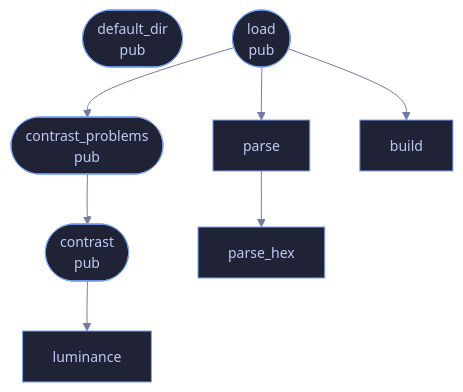
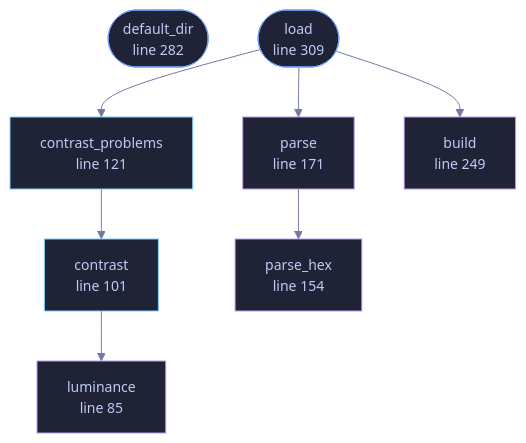
One commit to tilas01/veilvoice changed the diagram in wiki/File-veilvoice-gui-palettes.md. Above: the diagram before and after it, drawn with Mermaid. The commit also changed other lines of this file and 182 other files, not shown here.

````diff
--- a/wiki/File-veilvoice-gui-palettes.md
+++ b/wiki/File-veilvoice-gui-palettes.md
@@ -71,18 +87,24 @@
 ```mermaid
 %%{init: {"theme":"base","themeVariables":{"background":"#1a1b26","primaryColor":"#1f2335","primaryTextColor":"#c0caf5","primaryBorderColor":"#7aa2f7","secondaryColor":"#16161e","tertiaryColor":"#16161e","lineColor":"#737aa2","textColor":"#c0caf5","mainBkg":"#1f2335","nodeBorder":"#7aa2f7","clusterBkg":"#16161e","clusterBorder":"#2f3549","fontFamily":"ui-monospace, SFMono-Regular, Consolas, monospace","fontSize":"14px"}}}%%
 flowchart TD
-    n_luminance["luminance"]
-    n_contrast(["contrast<br/>pub"])
-    n_contrast_problems(["contrast_problems<br/>pub"])
-    n_parse_hex["parse_hex"]
-    n_parse["parse"]
-    n_build["build"]
-    n_default_dir(["default_dir<br/>pub"])
-    n_load(["load<br/>pub"])
+    n_luminance["luminance<br/>line 85"]
+    n_contrast["contrast<br/>line 101"]
+    n_contrast_problems["contrast_problems<br/>line 121"]
+    n_parse_hex["parse_hex<br/>line 154"]
+    n_parse["parse<br/>line 171"]
+    n_build["build<br/>line 249"]
+    n_default_dir(["default_dir<br/>line 282"])
+    n_load(["load<br/>line 309"])
     n_contrast --> n_luminance
     n_contrast_problems --> n_contrast
     n_load --> n_build
     n_load --> n_contrast_problems
     n_load --> n_parse
     n_parse --> n_parse_hex
+    classDef entry fill:#1f2335,stroke:#7aa2f7,color:#c0caf5
+    class n_default_dir,n_load entry
+    classDef api fill:#1f2335,stroke:#7dcfff,color:#c0caf5
+    class n_contrast,n_contrast_problems api
+    classDef helper fill:#1f2335,stroke:#bb9af7,color:#c0caf5
+    class n_luminance,n_parse_hex,n_parse,n_build helper
 ```
````
